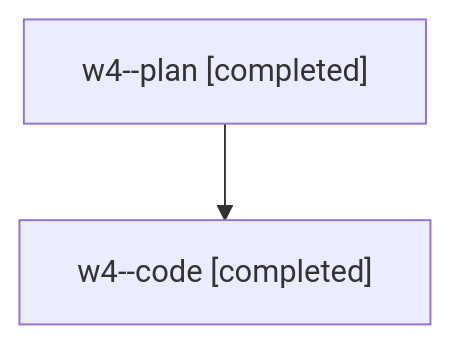
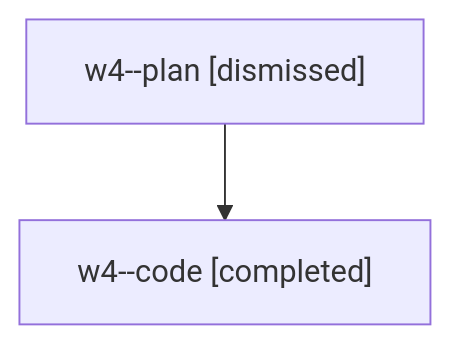
One commit to sase-org/sase--agents changed the diagram in families/bbugyi200.athena.w4.md. Above: the diagram before and after it, drawn with Mermaid. The commit also changed other lines of this file and 1475 other files, not shown here.

````diff
--- a/families/bbugyi200.athena.w4.md
+++ b/families/bbugyi200.athena.w4.md
@@ -9,6 +9,6 @@
 ```mermaid
 flowchart TD
-  n0["w4--plan [completed]"]
+  n0["w4--plan [dismissed]"]
   n1["w4--code [completed]"]
   n0 --> n1
 ```
````
